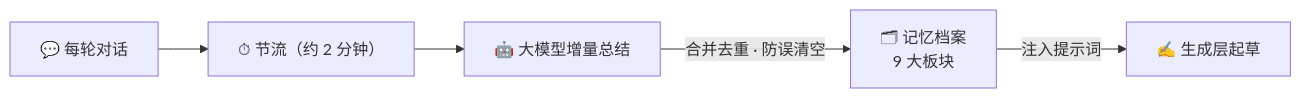
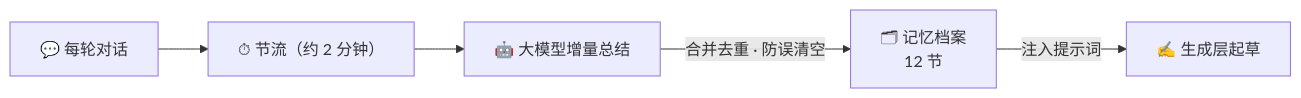
Before and after one commit to lsp199308/Jev-Chat-for-WeChat: the second of 2 diagrams in README.md, drawn with Mermaid. The commit also changed other lines of this file and 5 other files, not shown here.

````diff
--- a/README.md
+++ b/README.md
@@ -166,7 +176,7 @@
 ```mermaid
 flowchart LR
-    M["🗂 记忆档案<br/>9 大板块"] -- "注入提示词" --> E["✍️ 生成层起草"]
+    M["🗂 记忆档案<br/>12 节"] -- "注入提示词" --> E["✍️ 生成层起草"]
     F["💬 每轮对话"] --> H["⏱ 节流（约 2 分钟）"]
     H --> I["🤖 大模型增量总结"]
     I -- "合并去重 · 防误清空" --> M
 ```
````
